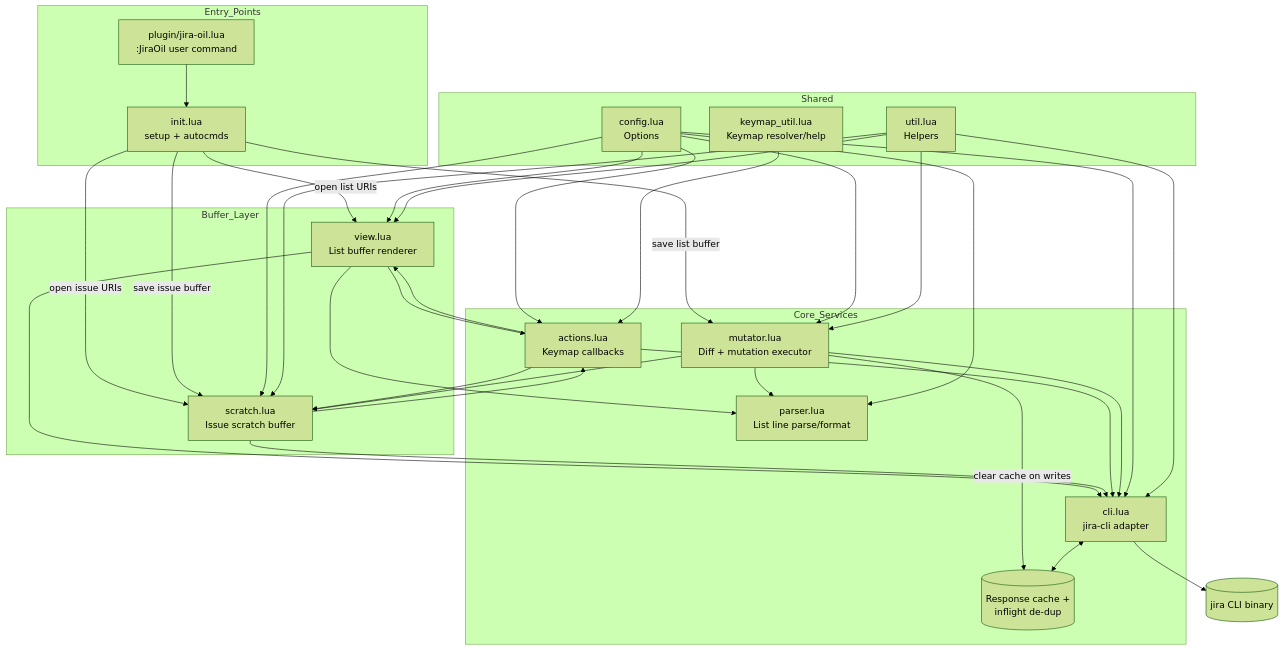
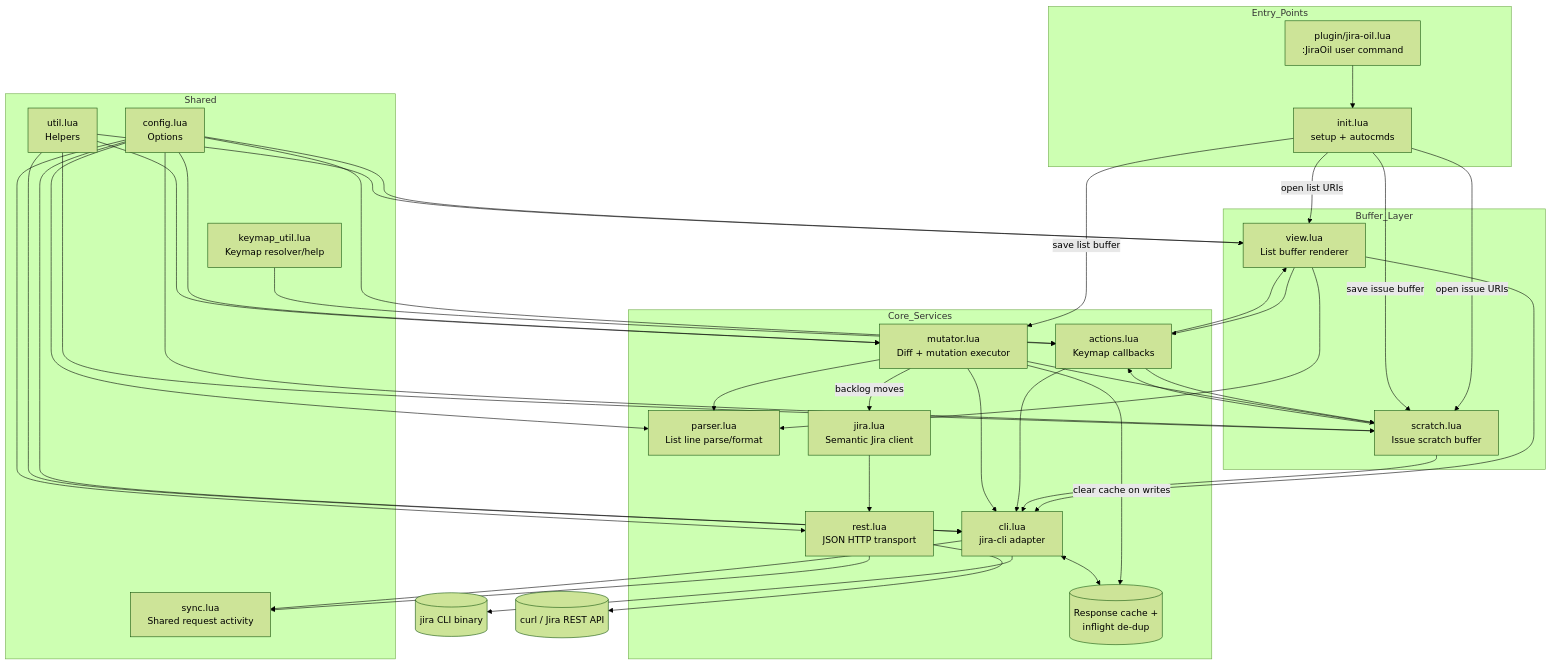
Before and after one commit to sbulav/jira-oil.nvim: the diagram in README.md, drawn with Mermaid (forest theme). The commit also changed other lines of this file and 11 other files, not shown here.

Commit message:
feat: move issues to backlog through Jira REST

````diff
--- a/README.md
+++ b/README.md
@@ -478,66 +545,76 @@
 ```mermaid
 flowchart TB
     subgraph Entry_Points
         cmd[plugin/jira-oil.lua<br/>:JiraOil user command]
         init[init.lua<br/>setup + autocmds]
     end
 
     subgraph Buffer_Layer
         view[view.lua<br/>List buffer renderer]
         scratch[scratch.lua<br/>Issue scratch buffer]
     end
 
     subgraph Core_Services
         actions[actions.lua<br/>Keymap callbacks]
         mutator[mutator.lua<br/>Diff + mutation executor]
         parser[parser.lua<br/>List line parse/format]
         cli[cli.lua<br/>jira-cli adapter]
+        jiraclient[jira.lua<br/>Semantic Jira client]
+        rest[rest.lua<br/>JSON HTTP transport]
         cache[(Response cache +<br/>inflight de-dup)]
     end
 
     subgraph Shared
         config[config.lua<br/>Options]
         keymap_util[keymap_util.lua<br/>Keymap resolver/help]
         util[util.lua<br/>Helpers]
+        sync[sync.lua<br/>Shared request activity]
     end
 
     jira[(jira CLI binary)]
+    http[(curl / Jira REST API)]
 
     cmd --> init
     init -->|open list URIs| view
     init -->|open issue URIs| scratch
     init -->|save list buffer| mutator
     init -->|save issue buffer| scratch
     
     view --> parser
     view --> actions
     view --> cli
     
     scratch --> actions
     scratch --> cli
     
     actions --> view
     actions --> scratch
     actions --> cli
 
     mutator --> parser
     mutator --> cli
+    mutator -->|backlog moves| jiraclient
+    jiraclient --> rest
+    rest --> http
+    rest --> sync
+    cli --> sync
     mutator --> scratch
     mutator -->|clear cache on writes| cache
     
     cli <--> cache
     cli --> jira
     
     config --> cli
+    config --> rest
     config --> mutator
     config --> view
     config --> scratch
     config --> actions
     config --> parser
     keymap_util --> actions
 
     util --> view
     util --> scratch
     util --> mutator
     util --> cli
 ```
````
